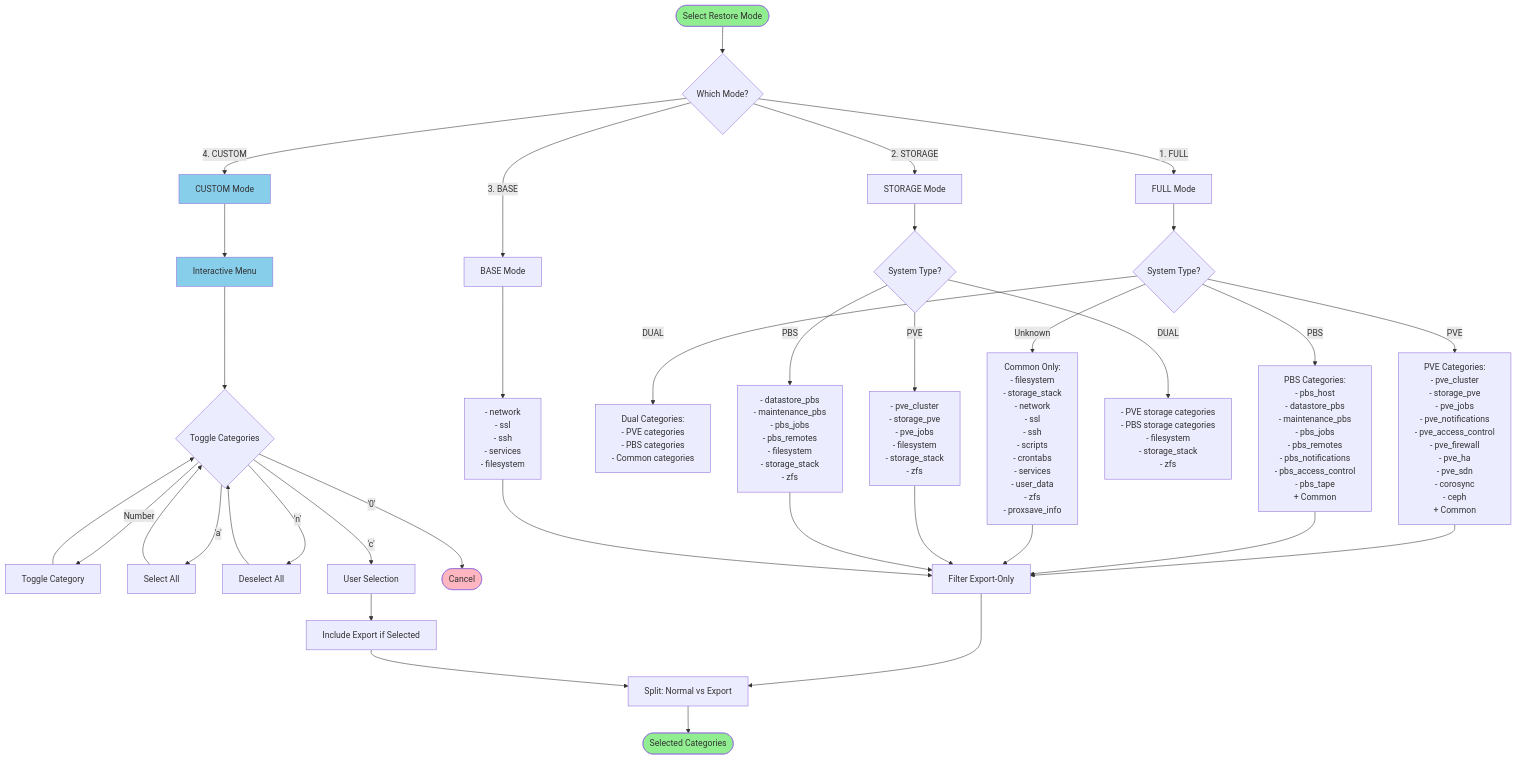
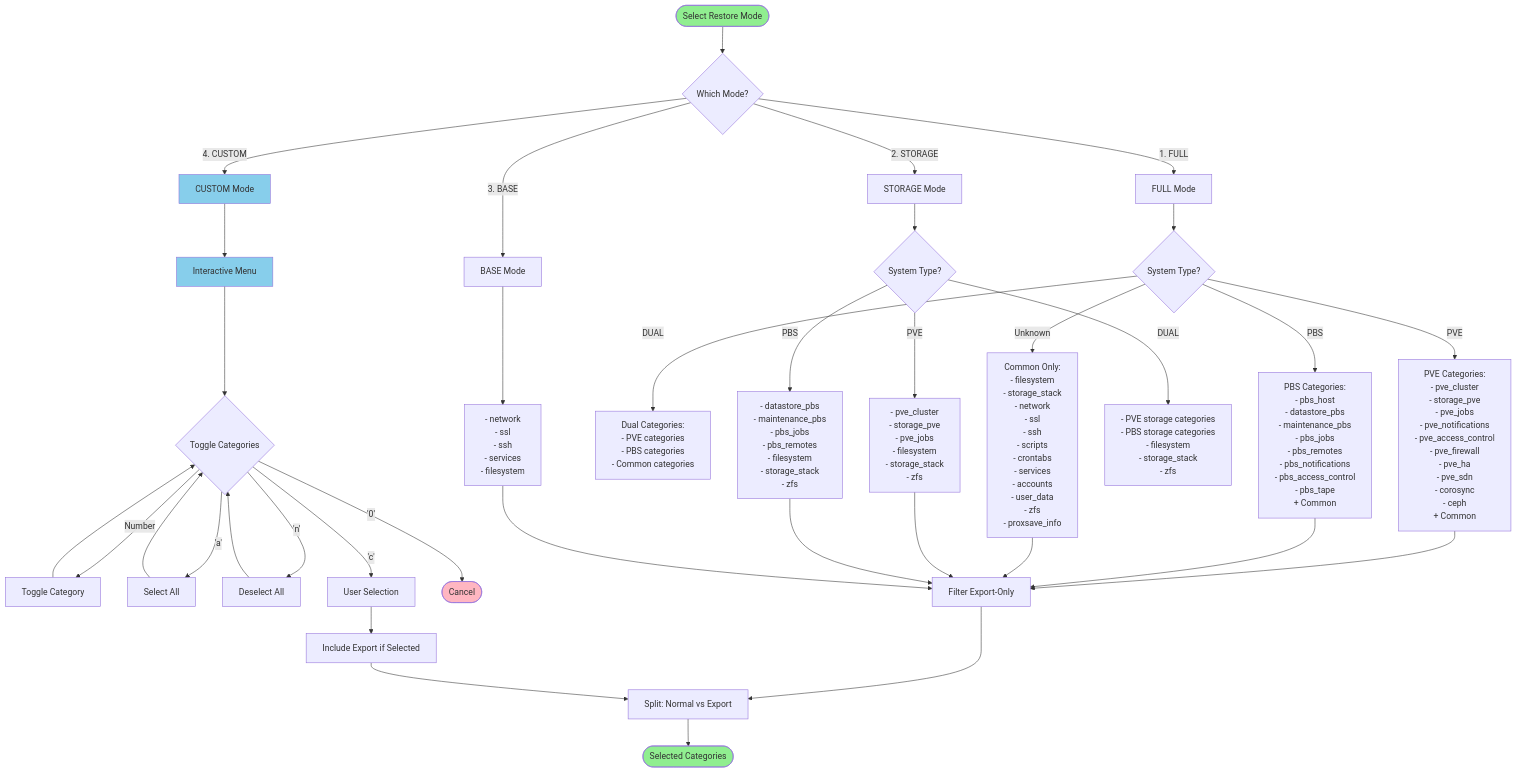
One commit to tis24dev/proxsave changed the second of 13 diagrams in docs/RESTORE_DIAGRAMS.md. Above: the diagram before and after it, drawn with Mermaid. The commit also changed other lines of this file and 503 other files, not shown here.

````diff
--- a/docs/RESTORE_DIAGRAMS.md
+++ b/docs/RESTORE_DIAGRAMS.md
@@ -95,51 +95,51 @@
 ```mermaid
 flowchart TD
     Start([Select Restore Mode]) --> Mode{Which Mode?}
 
     Mode -->|1. FULL| Full[FULL Mode]
     Mode -->|2. STORAGE| Storage[STORAGE Mode]
     Mode -->|3. BASE| Base[BASE Mode]
     Mode -->|4. CUSTOM| Custom[CUSTOM Mode]
 
     Full --> SystemFull{System Type?}
     SystemFull -->|PVE| PVEFull[PVE Categories:<br/>- pve_cluster<br/>- storage_pve<br/>- pve_jobs<br/>- pve_notifications<br/>- pve_access_control<br/>- pve_firewall<br/>- pve_ha<br/>- pve_sdn<br/>- corosync<br/>- ceph<br/>+ Common]
     SystemFull -->|PBS| PBSFull[PBS Categories:<br/>- pbs_host<br/>- datastore_pbs<br/>- maintenance_pbs<br/>- pbs_jobs<br/>- pbs_remotes<br/>- pbs_notifications<br/>- pbs_access_control<br/>- pbs_tape<br/>+ Common]
     SystemFull -->|DUAL| DualFull[Dual Categories:<br/>- PVE categories<br/>- PBS categories<br/>- Common categories]
-    SystemFull -->|Unknown| CommonFull[Common Only:<br/>- filesystem<br/>- storage_stack<br/>- network<br/>- ssl<br/>- ssh<br/>- scripts<br/>- crontabs<br/>- services<br/>- user_data<br/>- zfs<br/>- proxsave_info]
+    SystemFull -->|Unknown| CommonFull[Common Only:<br/>- filesystem<br/>- storage_stack<br/>- network<br/>- ssl<br/>- ssh<br/>- scripts<br/>- crontabs<br/>- services<br/>- accounts<br/>- user_data<br/>- zfs<br/>- proxsave_info]
 
     Storage --> SystemStorage{System Type?}
     SystemStorage -->|PVE| PVEStorage[- pve_cluster<br/>- storage_pve<br/>- pve_jobs<br/>- filesystem<br/>- storage_stack<br/>- zfs]
     SystemStorage -->|PBS| PBSStorage[- datastore_pbs<br/>- maintenance_pbs<br/>- pbs_jobs<br/>- pbs_remotes<br/>- filesystem<br/>- storage_stack<br/>- zfs]
     SystemStorage -->|DUAL| DualStorage[- PVE storage categories<br/>- PBS storage categories<br/>- filesystem<br/>- storage_stack<br/>- zfs]
 
     Base --> BaseCats[- network<br/>- ssl<br/>- ssh<br/>- services<br/>- filesystem]
 
     Custom --> CheckboxMenu[Interactive Menu]
     CheckboxMenu --> ToggleLoop{Toggle Categories}
     ToggleLoop -->|Number| Toggle[Toggle Category]
     Toggle --> ToggleLoop
     ToggleLoop -->|'a'| SelectAll[Select All]
     SelectAll --> ToggleLoop
     ToggleLoop -->|'n'| DeselectAll[Deselect All]
     DeselectAll --> ToggleLoop
     ToggleLoop -->|'c'| CustomSelected[User Selection]
     ToggleLoop -->|'0'| Cancel([Cancel])
 
     PVEFull --> FilterExport[Filter Export-Only]
     PBSFull --> FilterExport
     CommonFull --> FilterExport
     PVEStorage --> FilterExport
     PBSStorage --> FilterExport
     BaseCats --> FilterExport
     CustomSelected --> NoFilter[Include Export if Selected]
 
     FilterExport --> Split[Split: Normal vs Export]
     NoFilter --> Split
     Split --> Result([Selected Categories])
 
     style Start fill:#90EE90
     style Result fill:#90EE90
     style Cancel fill:#FFB6C1
     style Custom fill:#87CEEB
     style CheckboxMenu fill:#87CEEB
 ```
````
